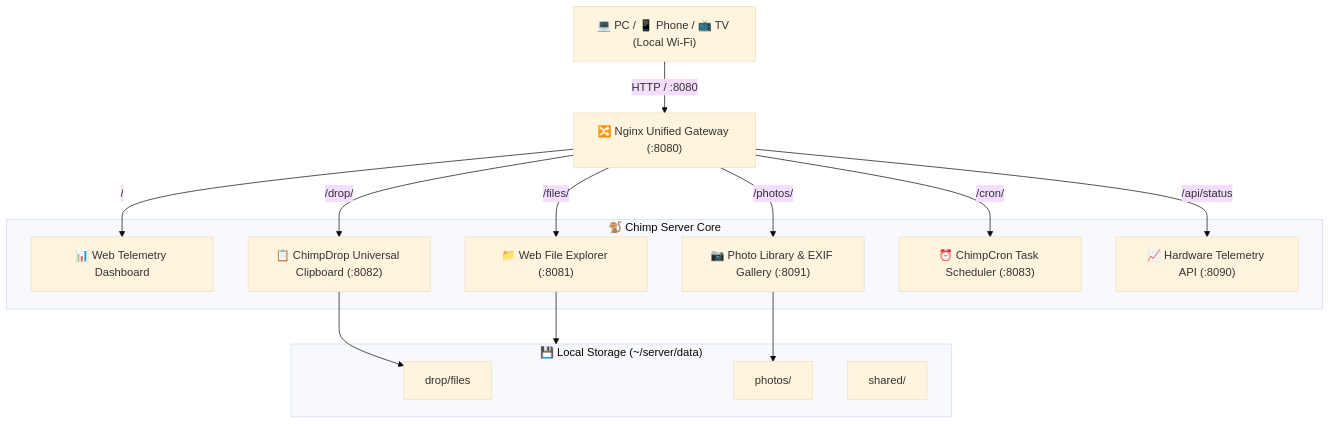
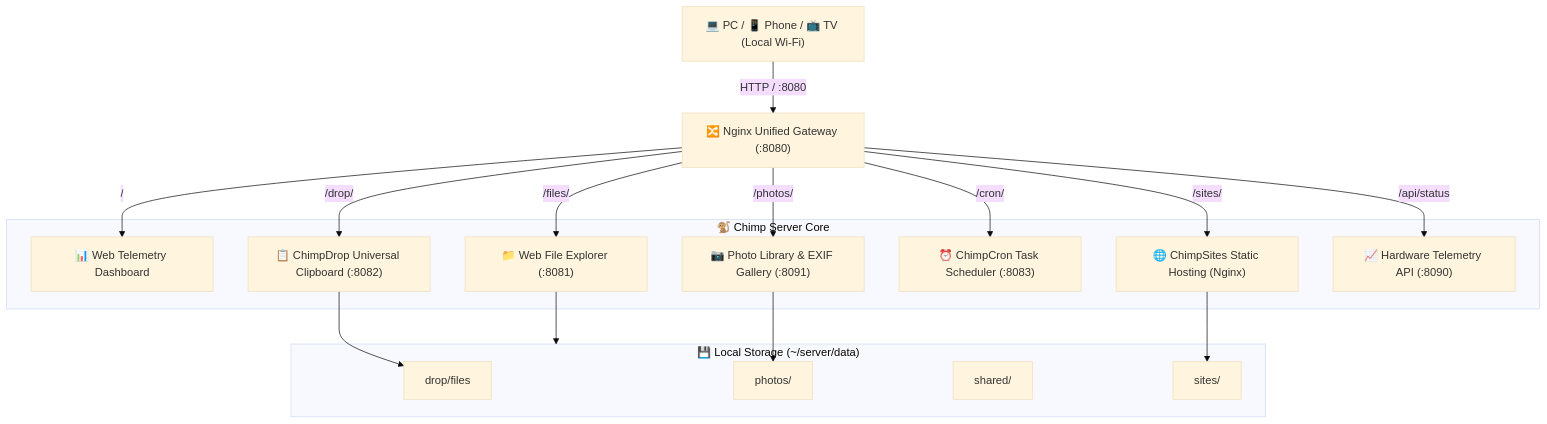
Before and after one commit to nazufernandes/chimp-home-server: the diagram in README.md, drawn with Mermaid (base theme). The commit also changed other lines of this file and 8 other files, not shown here.

Commit message:
feat(sites): add ChimpSites zero-config static web hosting and hub

````diff
--- a/README.md
+++ b/README.md
@@ -96,30 +102,34 @@
 ```mermaid
 graph TD
     Client["💻 PC / 📱 Phone / 📺 TV (Local Wi-Fi)"] -->|HTTP / :8080| GW["🔀 Nginx Unified Gateway (:8080)"]
 
     GW -->|"/"| Dash["📊 Web Telemetry Dashboard"]
     GW -->|"/drop/"| Drop["📋 ChimpDrop Universal Clipboard (:8082)"]
     GW -->|"/files/"| Files["📁 Web File Explorer (:8081)"]
     GW -->|"/photos/"| Photos["📷 Photo Library & EXIF Gallery (:8091)"]
     GW -->|"/cron/"| Cron["⏰ ChimpCron Task Scheduler (:8083)"]
+    GW -->|"/sites/"| Sites["🌐 ChimpSites Static Hosting (Nginx)"]
     GW -->|"/api/status"| Mon["📈 Hardware Telemetry API (:8090)"]
 
     subgraph Server_Core ["🐒 Chimp Server Core"]
         Dash
         Drop
         Files
         Photos
         Cron
+        Sites
         Mon
     end
 
     subgraph Storage ["💾 Local Storage (~/server/data)"]
         DropFiles["drop/files"]
         PhotoStore["photos/"]
         SharedDir["shared/"]
+        SitesDir["sites/"]
     end
 
     Drop --> DropFiles
     Photos --> PhotoStore
     Files --> Storage
+    Sites --> SitesDir
 ```
````
